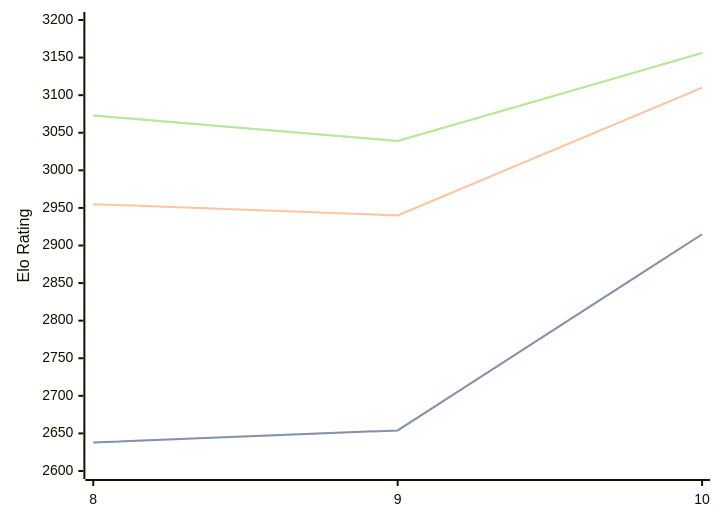
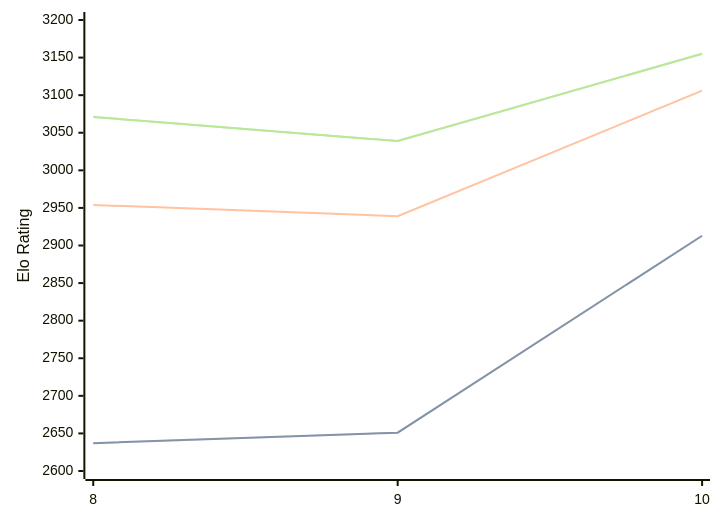
Before and after one commit to computer-chess-index/cci: the diagram in engines/Lozza.md, drawn with Mermaid. The commit also changed other lines of this file, not shown here.

Commit message:
Update CCI Ratings (ELO VLTC) - 2026-03-12

````diff
--- a/engines/Lozza.md
+++ b/engines/Lozza.md
@@ -39,11 +39,11 @@
 ```mermaid
 %%{init: {"theme":"base","themeVariables":{"seriesColors:['#a3a3a3','#222221','#faa371']}}}%%
 xychart-beta
   x-axis ["8", "9", "10"]
   y-axis "Elo Rating" 2600 --> 3200
-  line "STC (8.0+0.08s)" [2638, 2654, 2915]
-  line "STC (8.0+0.08s)" [2638, 2654, 2915]
-  line "LTC (60.0+0.60s)" [2955, 2940, 3110]
-  line "VLTC (2m24s+1.12s)" [3073, 3039, 3156]
-  line "VLTC (2m24s+1.12s)" [3073, 3039, 3156]
+  line "STC (8.0+0.08s)" [2637, 2651, 2913]
+  line "STC (8.0+0.08s)" [2637, 2651, 2913]
+  line "LTC (60.0+0.60s)" [2954, 2939, 3106]
+  line "VLTC (2m24s+1.12s)" [3071, 3039, 3155]
+  line "VLTC (2m24s+1.12s)" [3071, 3039, 3155]
 ```
````
